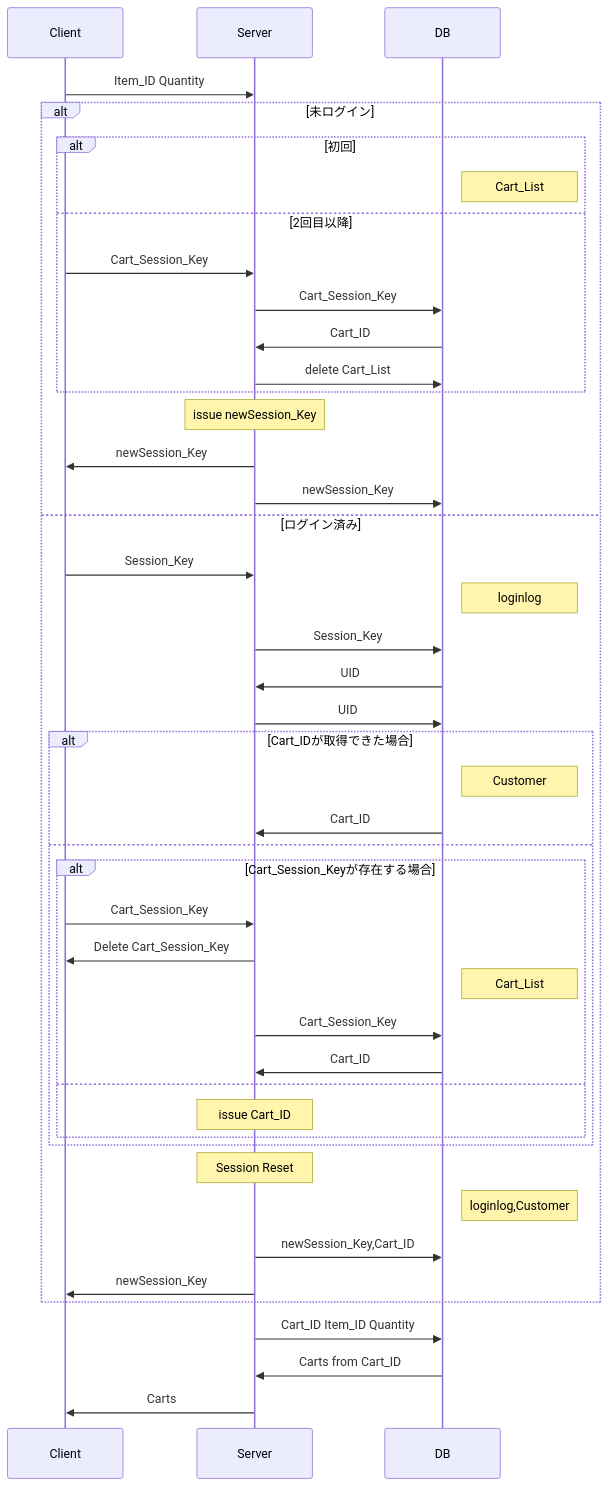
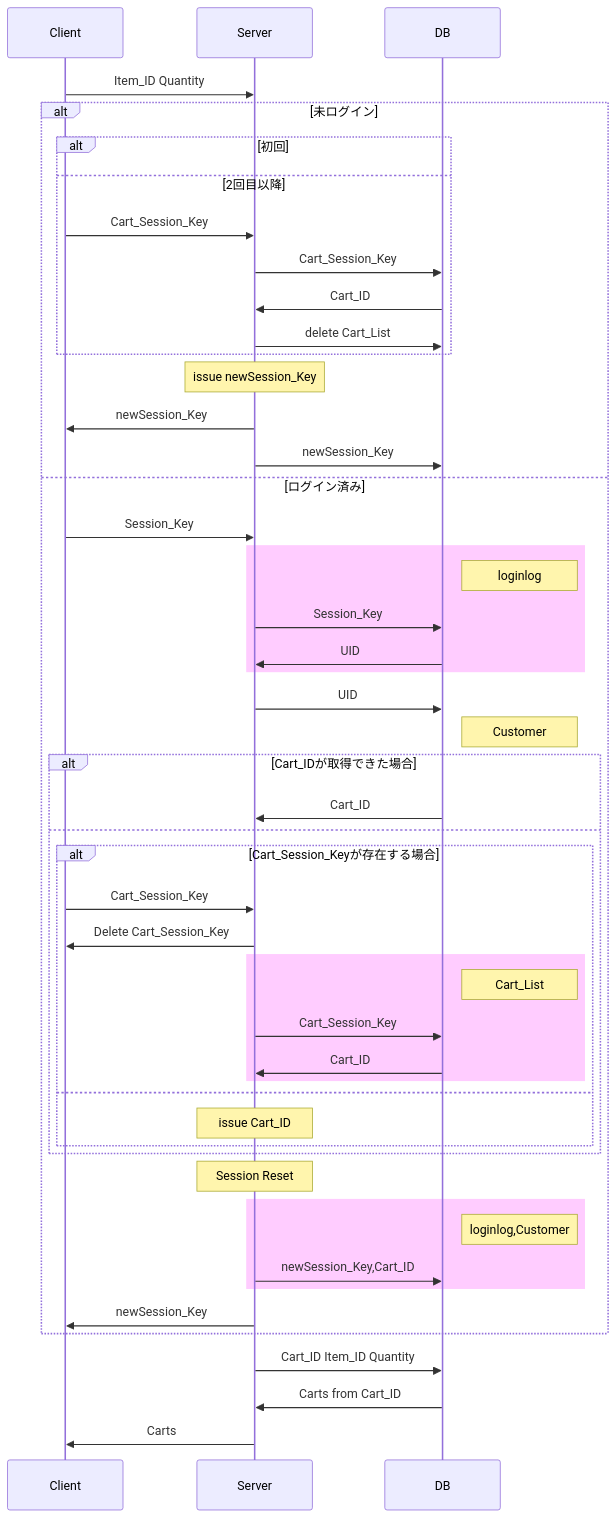
The fifth of 6 diagrams in README.md (WhatACotton/CharisWorks-BackEnd), drawn with Mermaid before and after one commit.

Commit message:
colorize

````diff
--- a/README.md
+++ b/README.md
@@ -86,51 +86,57 @@
 ```mermaid
 sequenceDiagram
 participant Client
 participant Server
 participant DB
 Client ->> Server:Item_ID Quantity
 alt 未ログイン
 alt 初回
-Note right of DB:Cart_List
 else 2回目以降
 Client ->> Server:Cart_Session_Key
 Server ->> DB:Cart_Session_Key
 DB ->> Server:Cart_ID　
 Server ->> DB: delete Cart_List
 end
 Note over Server:issue newSession_Key
 Server ->> Client:newSession_Key
 Server ->> DB:newSession_Key
 else ログイン済み
 Client ->> Server: Session_Key
+rect rgba(255, 0, 255, 0.2)
 Note right of DB: loginlog
 Server ->> DB: Session_Key
 DB ->> Server: UID
+end
 Server ->> DB: UID
+Note right of DB: Customer
 alt Cart_IDが取得できた場合
-Note right of DB: Customer
+
 
 DB ->> Server:Cart_ID
 else
 
 alt Cart_Session_Keyが存在する場合
 
 Client ->> Server: Cart_Session_Key
 Server ->> Client: Delete Cart_Session_Key
+rect rgba(255, 0, 255, 0.2)
 Note right of DB: Cart_List
 Server ->> DB: Cart_Session_Key
+DB ->> Server:Cart_ID
+end
 
-DB ->> Server:Cart_ID
 else
 Note over Server: issue Cart_ID
 end
 end
 Note over Server: Session Reset
+rect rgba(255, 0, 255, 0.2)
 Note right of DB: loginlog,Customer
 Server ->> DB:newSession_Key,Cart_ID
+end
 Server ->> Client :newSession_Key
 end
 Server ->> DB:Cart_ID Item_ID Quantity
 DB ->> Server:Carts from Cart_ID
 Server ->> Client:Carts
 ```
````
